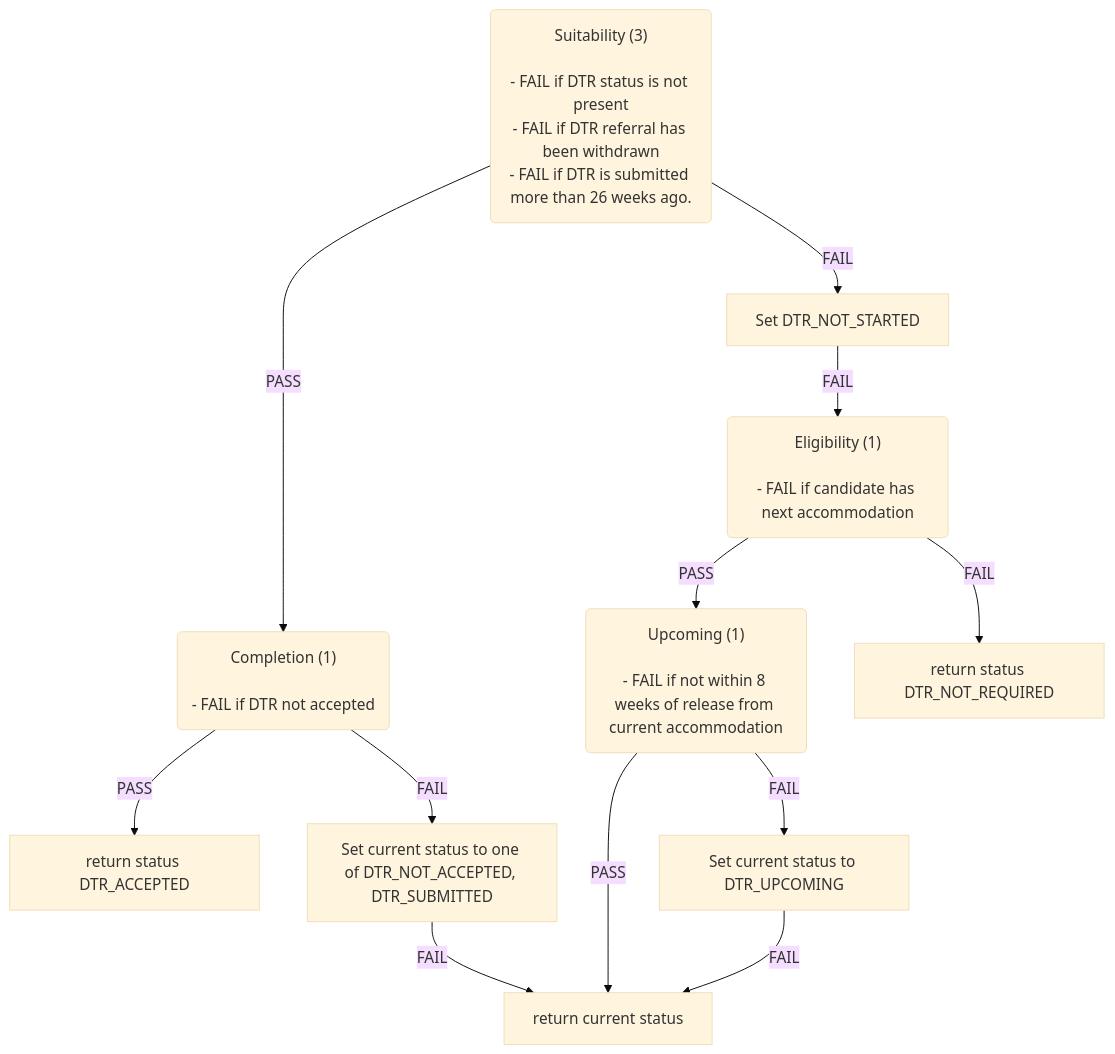
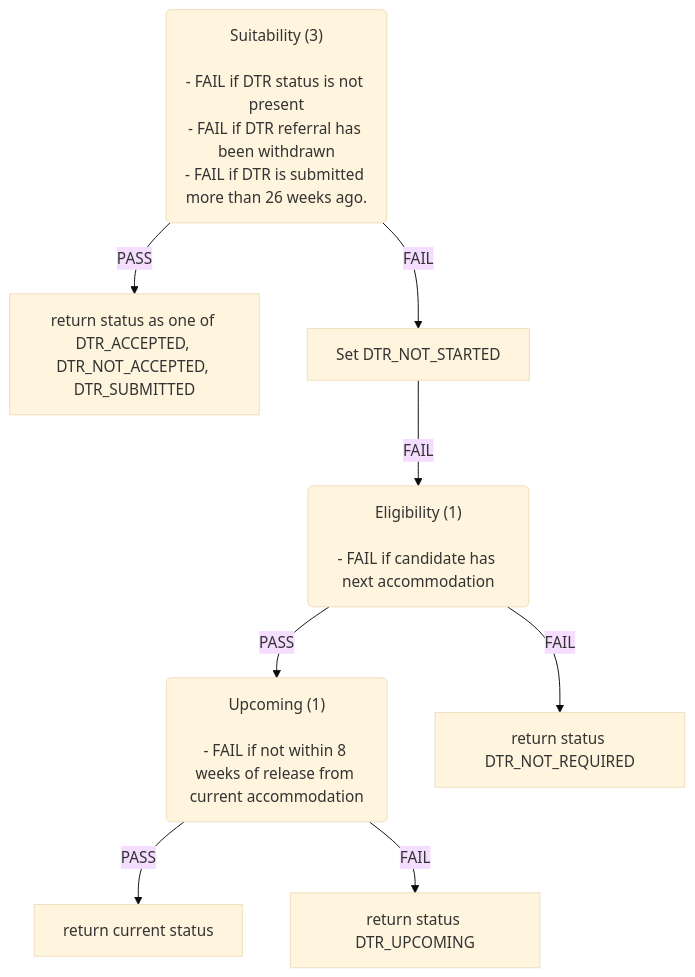
The fifth of 6 diagrams in docs/eligibility-rules-graph.md (ministryofjustice/hmpps-single-accommodation-service-api), drawn with Mermaid (base theme) before and after one commit. The commit also changed other lines of this file and 30 other files, not shown here.

````diff
--- a/docs/eligibility-rules-graph.md
+++ b/docs/eligibility-rules-graph.md
@@ -464,34 +435,26 @@
 ```mermaid
 flowchart TD
   Suitability("Suitability (3)
 
 - FAIL if DTR status is not present
 - FAIL if DTR referral has been withdrawn
 - FAIL if DTR is submitted more than 26 weeks ago.")
-  Completion("Completion (1)
-
-- FAIL if DTR not accepted")
-  return_status_DTR_ACCEPTED["return status DTR_ACCEPTED"]
-  Set_current_status_to_one_of_DTR_NOT_ACCEPTED__DTR_SUBMITTED["Set current status to one of DTR_NOT_ACCEPTED, DTR_SUBMITTED"]
-  return_current_status["return current status"]
+  return_status_as_one_of_DTR_ACCEPTED__DTR_NOT_ACCEPTED__DTR_SUBMITTED["return status as one of DTR_ACCEPTED, DTR_NOT_ACCEPTED, DTR_SUBMITTED"]
   Set_DTR_NOT_STARTED["Set DTR_NOT_STARTED"]
   Eligibility("Eligibility (1)
 
 - FAIL if candidate has next accommodation")
   Upcoming("Upcoming (1)
 
 - FAIL if not within 8 weeks of release from current accommodation")
-  Set_current_status_to_DTR_UPCOMING["Set current status to DTR_UPCOMING"]
+  return_current_status["return current status"]
+  return_status_DTR_UPCOMING["return status DTR_UPCOMING"]
   return_status_DTR_NOT_REQUIRED["return status DTR_NOT_REQUIRED"]
-  Completion -->|PASS| return_status_DTR_ACCEPTED
-  Completion -->|FAIL| Set_current_status_to_one_of_DTR_NOT_ACCEPTED__DTR_SUBMITTED
-  Set_current_status_to_one_of_DTR_NOT_ACCEPTED__DTR_SUBMITTED -->|FAIL| return_current_status
-  Suitability -->|PASS| Completion
+  Suitability -->|PASS| return_status_as_one_of_DTR_ACCEPTED__DTR_NOT_ACCEPTED__DTR_SUBMITTED
   Suitability -->|FAIL| Set_DTR_NOT_STARTED
   Upcoming -->|PASS| return_current_status
-  Upcoming -->|FAIL| Set_current_status_to_DTR_UPCOMING
-  Set_current_status_to_DTR_UPCOMING -->|FAIL| return_current_status
+  Upcoming -->|FAIL| return_status_DTR_UPCOMING
   Eligibility -->|PASS| Upcoming
   Eligibility -->|FAIL| return_status_DTR_NOT_REQUIRED
   Set_DTR_NOT_STARTED -->|FAIL| Eligibility
 ```
````
